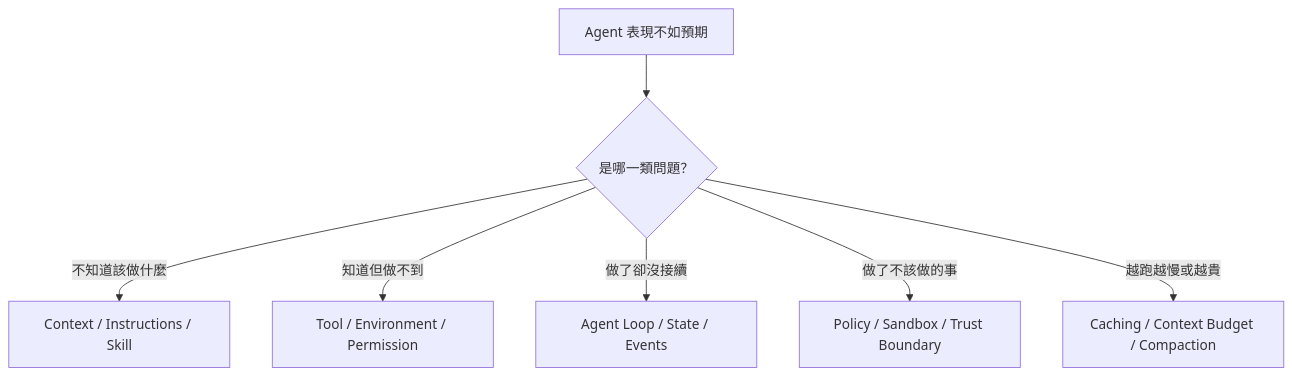
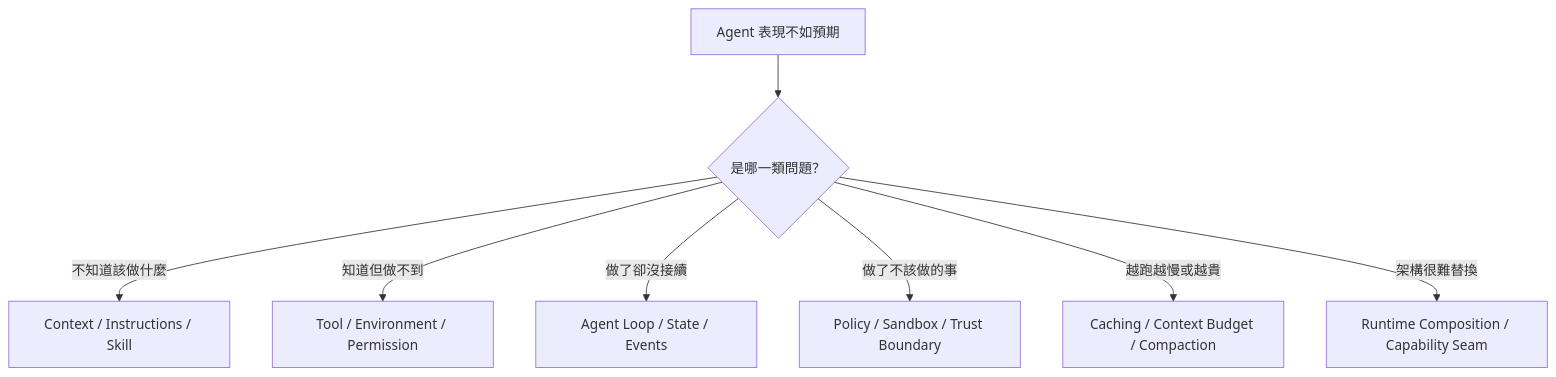
Before and after one commit to indigofeather/harness-book: the third of 5 diagrams in docs/intro.md, drawn with Mermaid. The commit also changed other lines of this file, not shown here.

````diff
--- a/docs/intro.md
+++ b/docs/intro.md
@@ -94,9 +141,10 @@
 ```mermaid
 flowchart TD
   Q[Agent 表現不如預期] --> A{是哪一類問題？}
   A -->|不知道該做什麼| C[Context / Instructions / Skill]
   A -->|知道但做不到| T[Tool / Environment / Permission]
   A -->|做了卻沒接續| L[Agent Loop / State / Events]
   A -->|做了不該做的事| P[Policy / Sandbox / Trust Boundary]
   A -->|越跑越慢或越貴| B[Caching / Context Budget / Compaction]
+  A -->|架構很難替換| X[Runtime Composition / Capability Seam]
 ```
````
